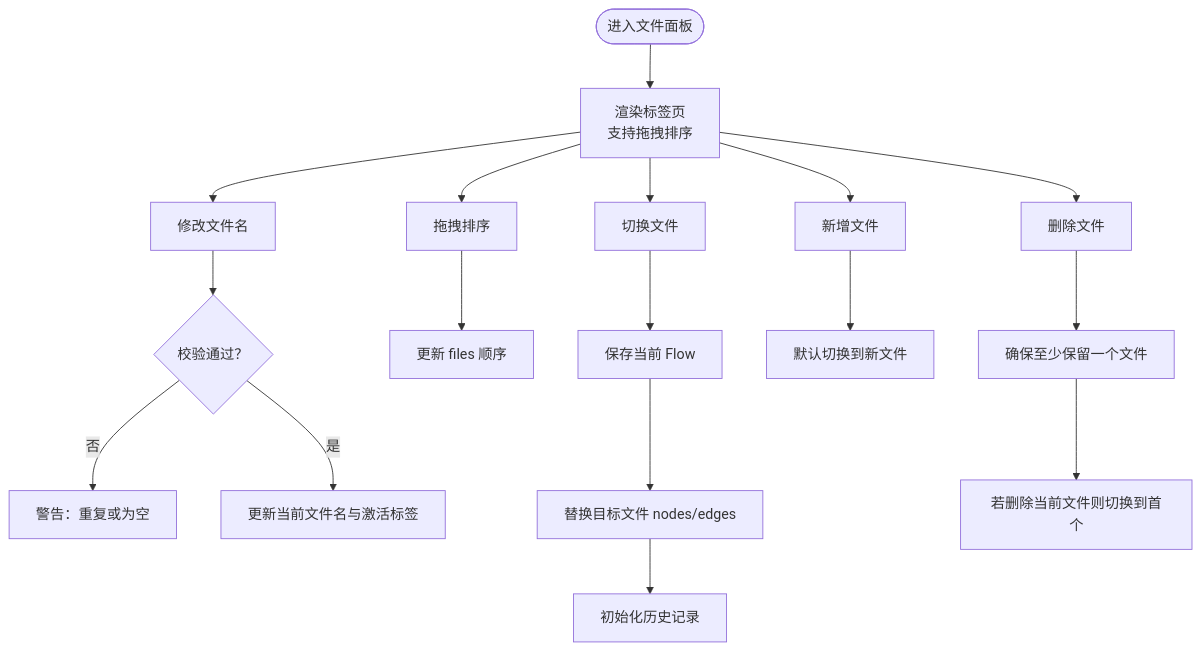
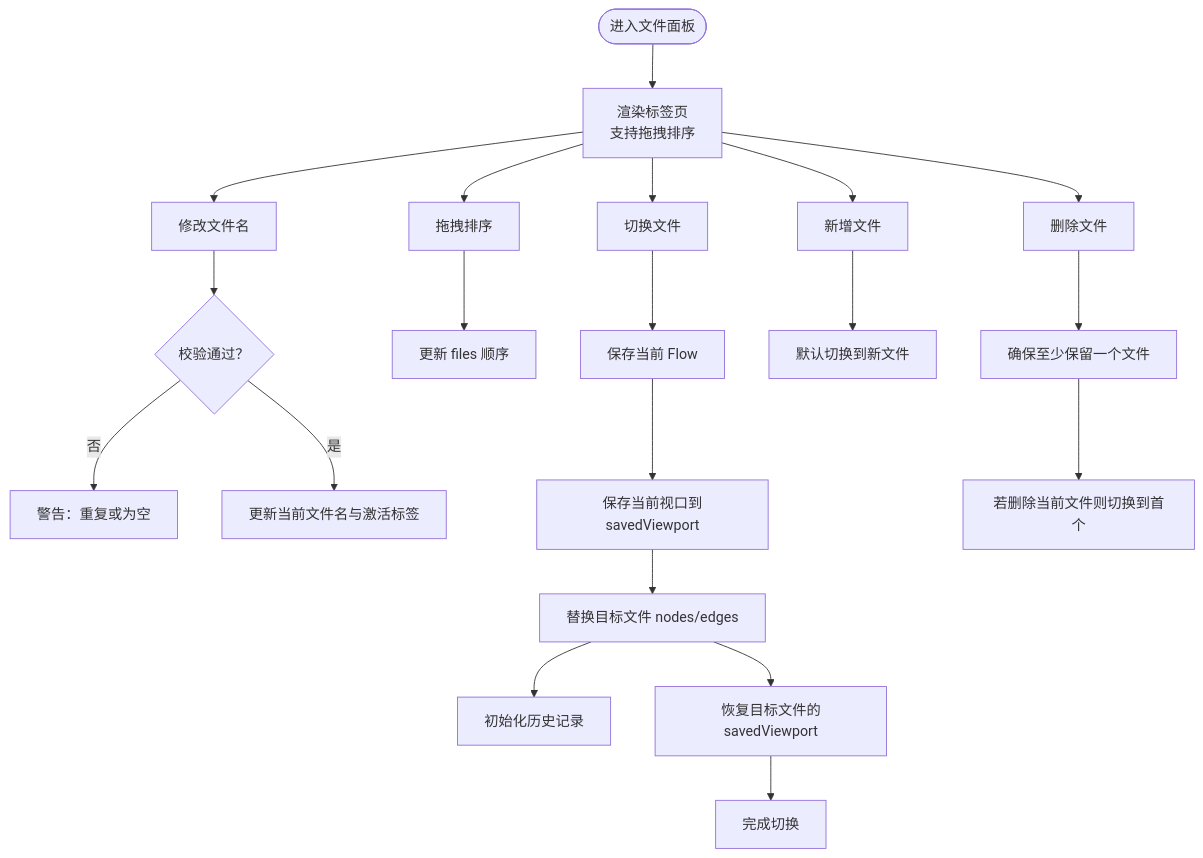
The third of 8 diagrams in .qoder/repowiki/zh/content/核心概念/文件与视口.md (kqcoxn/MaaPipelineEditor), drawn with Mermaid before and after one commit. The commit also changed other lines of this file and 5 other files, not shown here.

````diff
--- a/.qoder/repowiki/zh/content/核心概念/文件与视口.md
+++ b/.qoder/repowiki/zh/content/核心概念/文件与视口.md
@@ -168,19 +188,22 @@
 ```mermaid
 flowchart TD
 Start(["进入文件面板"]) --> Tabs["渲染标签页<br/>支持拖拽排序"]
 Tabs --> EditName["修改文件名"]
 EditName --> Check{"校验通过？"}
 Check --> |否| Warn["警告：重复或为空"]
 Check --> |是| UpdateKey["更新当前文件名与激活标签"]
 Tabs --> Drag["拖拽排序"]
 Drag --> Move["更新 files 顺序"]
 Tabs --> Switch["切换文件"]
 Switch --> Save["保存当前 Flow"]
-Save --> Replace["替换目标文件 nodes/edges"]
+Save --> SaveViewport["保存当前视口到savedViewport"]
+SaveViewport --> Replace["替换目标文件 nodes/edges"]
 Replace --> InitHist["初始化历史记录"]
+Replace --> RestoreViewport["恢复目标文件的savedViewport"]
+RestoreViewport --> End["完成切换"]
 Tabs --> Add["新增文件"]
 Add --> SwitchNew["默认切换到新文件"]
 Tabs --> Remove["删除文件"]
 Remove --> Ensure["确保至少保留一个文件"]
 Ensure --> SwitchFirst["若删除当前文件则切换到首个"]
 ```
````
